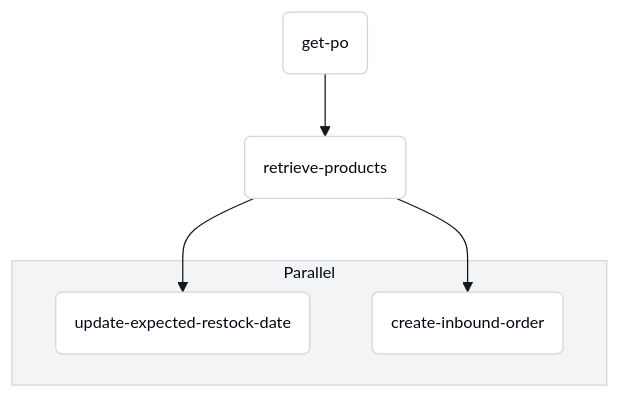
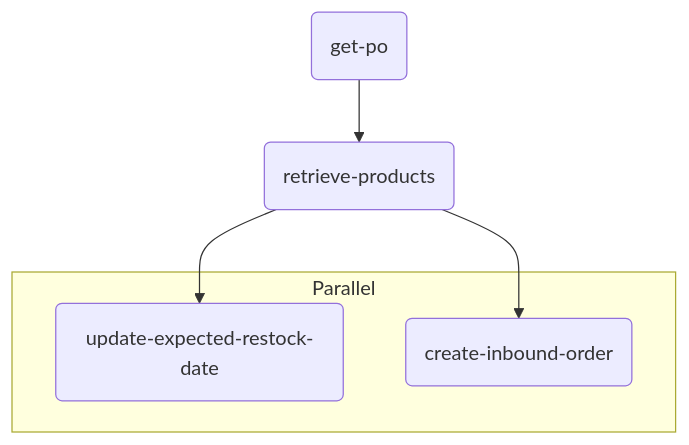
One commit to medusajs/workflow-examples changed the diagram in erp-to-wms/README.md. Above: the diagram before and after it, drawn with Mermaid.

Commit message:
remove theme

````diff
--- a/erp-to-wms/README.md
+++ b/erp-to-wms/README.md
@@ -31,38 +31,19 @@
 ```mermaid
-%%{
-    init: {
-      'theme': 'base',
-      'themeVariables': {
-        'background': '#FFFFFF',
-        'mainBkg': '#FFFFFF',
-        'primaryColor': '#FFFFFF',
-        'primaryTextColor': '#030712',
-        'primaryBorderColor': '#D1D5DB',
-        'nodeBorder': '#D1D5DB',
-        'lineColor': '#11181C',
-        'fontFamily': 'Inter',
-        'fontSize': '13px',
-        'tertiaryColor': '#F3F4F6',
-        'tertiaryBorderColor': '#D1D5DB',
-        'tertiaryTextColor': '#030712'
-      }
-    }
-  }%%
 	flowchart TB
 		getpo(get-po)
 		
 		retrieveproducts(retrieve-products)
 		
 		subgraph parallel2uaj [Parallel]
 		
 		updateexpectedrestockdate(update-expected-restock-date)
 		createinboundorder(create-inbound-order)
 		end
 		
 
 		getpo --> retrieveproducts
 		
 		retrieveproducts --> updateexpectedrestockdate
 		
 		retrieveproducts --> createinboundorder
 ```
````
